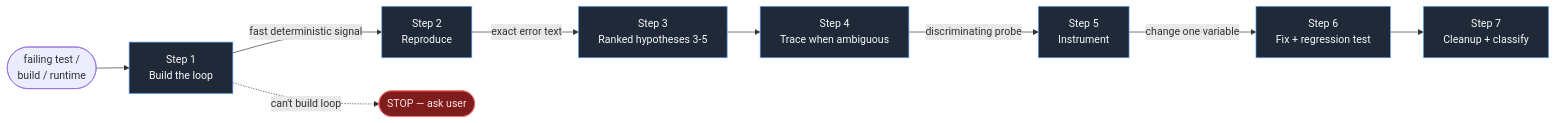
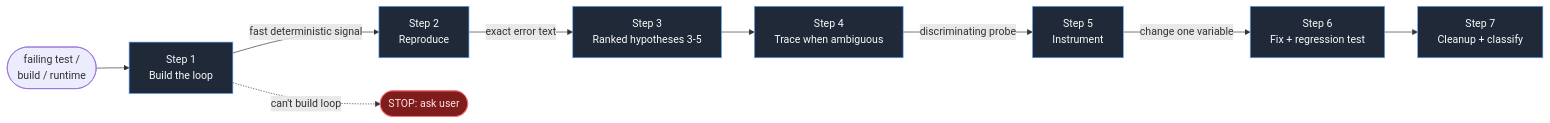
The fifth of 9 diagrams in docs/flow.md (ViktorsBaikers/DevRites), drawn with Mermaid before and after one commit. The commit also changed other lines of this file and 26 other files, not shown here.

````diff
--- a/docs/flow.md
+++ b/docs/flow.md
@@ -161,16 +161,16 @@
 ```mermaid
 flowchart LR
     F([failing test /<br/>build / runtime]) --> L1[Step 1<br/>Build the loop]
     L1 -->|fast deterministic signal| R[Step 2<br/>Reproduce]
     R -->|exact error text| H[Step 3<br/>Ranked hypotheses 3-5]
     H --> T[Step 4<br/>Trace when ambiguous]
     T -->|discriminating probe| I[Step 5<br/>Instrument]
     I -->|change one variable| Fix[Step 6<br/>Fix + regression test]
     Fix --> C[Step 7<br/>Cleanup + classify]
-    L1 -.->|can't build loop| Ask([STOP — ask user])
+    L1 -.->|can't build loop| Ask([STOP: ask user])
 
     classDef phase fill:#1f2937,stroke:#60a5fa,color:#f9fafb
     classDef stop fill:#7f1d1d,stroke:#f87171,color:#fee2e2
     class L1,R,H,T,I,Fix,C phase
     class Ask stop
 ```
````
